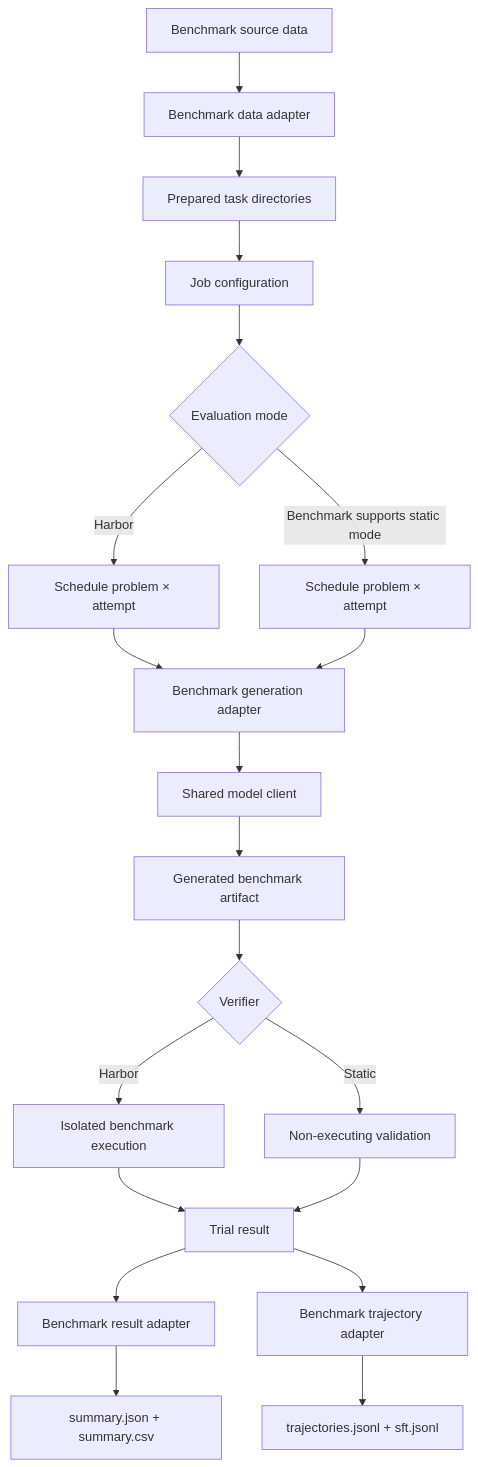
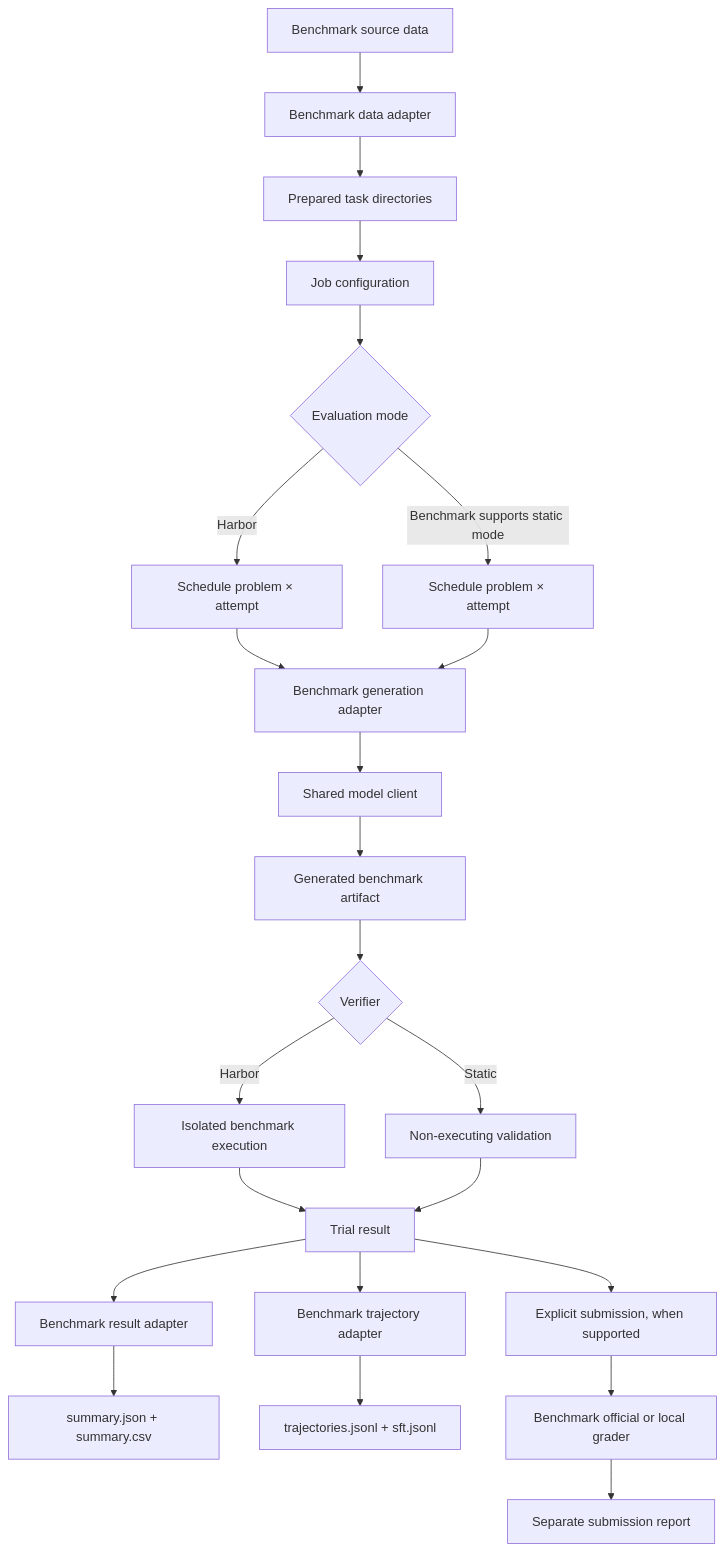
Before and after one commit to CATL-21CLab-SCIAGI/ddsr-bench: the diagram in PIPELINE.md, drawn with Mermaid. The commit also changed other lines of this file and 30 other files, not shown here.

Commit message:
Unify CritPt official and local submission

````diff
--- a/PIPELINE.md
+++ b/PIPELINE.md
@@ -7,22 +7,25 @@
 ```mermaid
 flowchart TD
     A["Benchmark source data"] --> B["Benchmark data adapter"]
     B --> C["Prepared task directories"]
     C --> D["Job configuration"]
     D --> E{"Evaluation mode"}
     E -->|"Harbor"| F["Schedule problem × attempt"]
     E -->|"Benchmark supports static mode"| G["Schedule problem × attempt"]
     F --> H["Benchmark generation adapter"]
     G --> H
     H --> I["Shared model client"]
     I --> J["Generated benchmark artifact"]
     J --> K{"Verifier"}
     K -->|"Harbor"| L["Isolated benchmark execution"]
     K -->|"Static"| M["Non-executing validation"]
     L --> N["Trial result"]
     M --> N
     N --> O["Benchmark result adapter"]
     O --> P["summary.json + summary.csv"]
     N --> Q["Benchmark trajectory adapter"]
     Q --> R["trajectories.jsonl + sft.jsonl"]
+    N --> S["Explicit submission, when supported"]
+    S --> T["Benchmark official or local grader"]
+    T --> U["Separate submission report"]
 ```
````
